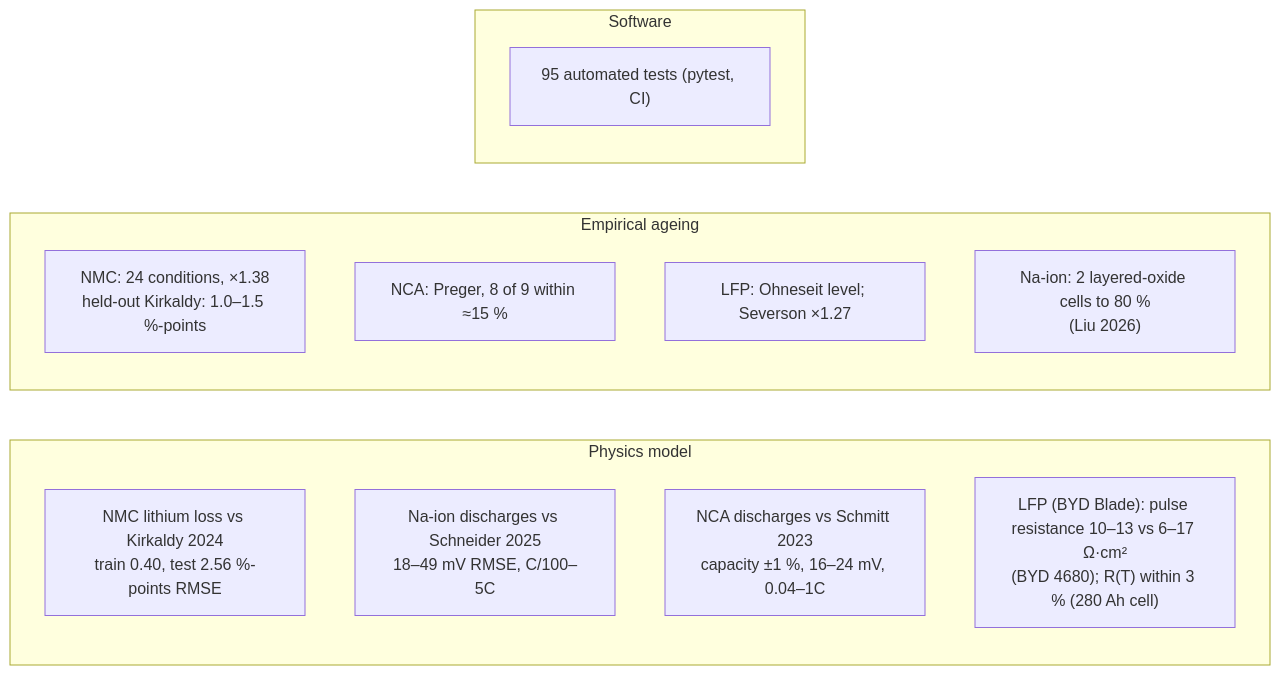
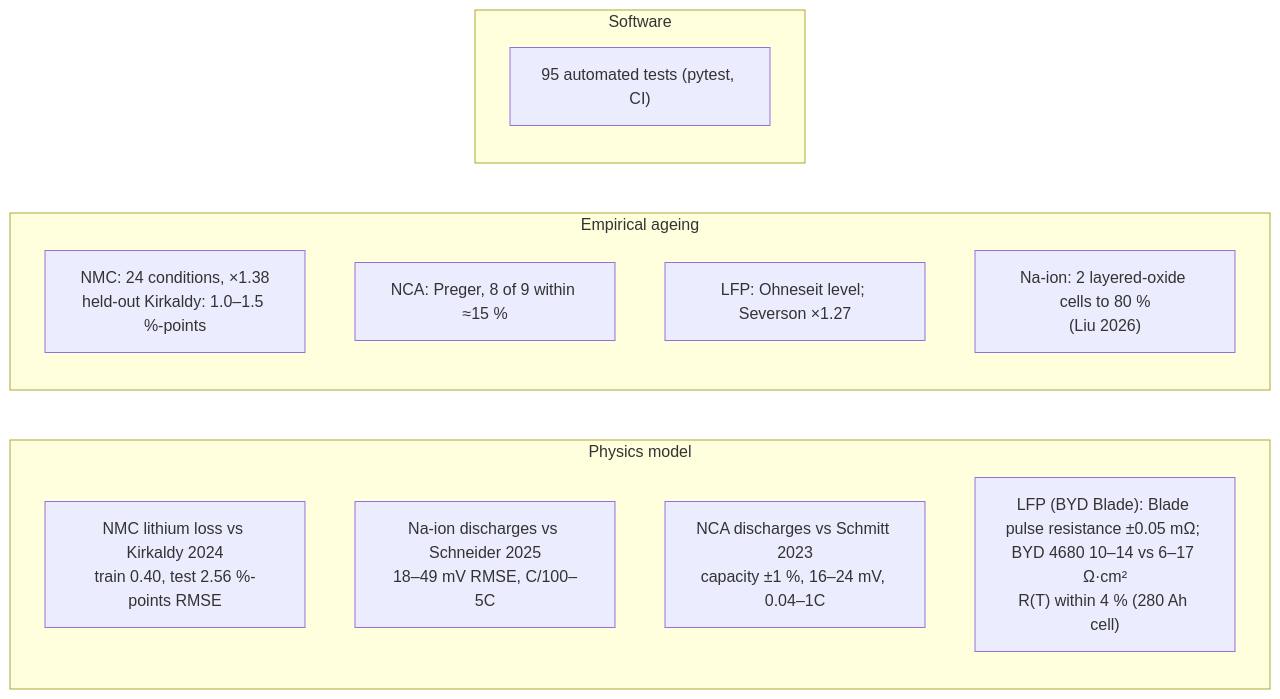
Before and after one commit to TheJohn01/DigitalTwinBattery: diagram 12 of 12 in README.md, drawn with Mermaid. The commit also changed other lines of this file and 13 other files, not shown here.

First line of the commit message:
LFP: Blade's own figure data, temperature-dependent diffusion, sensitivity table

````diff
--- a/README.md
+++ b/README.md
@@ -1323,18 +1323,18 @@
 ```mermaid
 flowchart LR
     subgraph PHY["Physics model"]
         V1["NMC lithium loss vs Kirkaldy 2024<br/>train 0.40, test 2.56 %-points RMSE"]
         V0["Na-ion discharges vs Schneider 2025<br/>18–49 mV RMSE, C/100–5C"]
         V7["NCA discharges vs Schmitt 2023<br/>capacity ±1 %, 16–24 mV, 0.04–1C"]
-        V8["LFP (BYD Blade): pulse resistance 10–13 vs 6–17 Ω·cm²<br/>(BYD 4680); R(T) within 3 % (280 Ah cell)"]
+        V8["LFP (BYD Blade): Blade pulse resistance ±0.05 mΩ; BYD 4680 10–14 vs 6–17 Ω·cm²<br/>R(T) within 4 % (280 Ah cell)"]
     end
     subgraph EMP["Empirical ageing"]
         V2["NMC: 24 conditions, ×1.38<br/>held-out Kirkaldy: 1.0–1.5 %-points"]
         V3["NCA: Preger, 8 of 9 within ≈15 %"]
         V4["LFP: Ohneseit level; Severson ×1.27"]
         V5["Na-ion: 2 layered-oxide cells to 80 %<br/>(Liu 2026)"]
     end
     subgraph SW["Software"]
         V6["95 automated tests (pytest, CI)"]
     end
 ```
````
